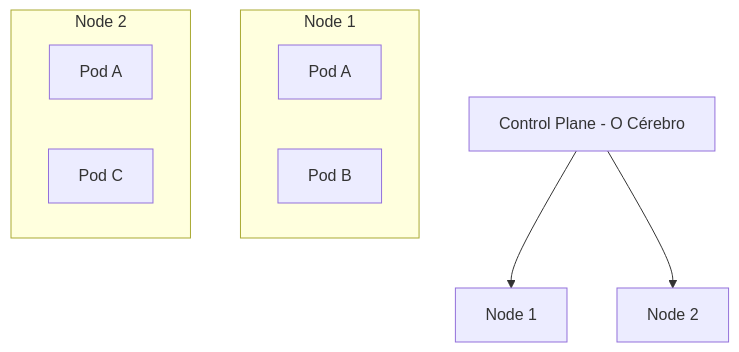
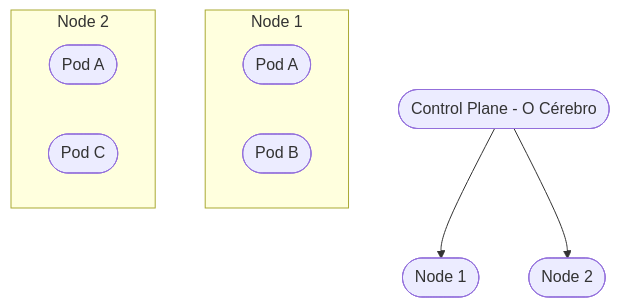
One commit to ricardotecpro/ads_extra_guia_de_ferramentas changed the diagram in docs/aulas/aula-14.md. Above: the diagram before and after it, drawn with Mermaid. The commit also changed other lines of this file and 69 other files, not shown here.

````diff
--- a/docs/aulas/aula-14.md
+++ b/docs/aulas/aula-14.md
@@ -28,13 +33,13 @@
 ```mermaid
 graph TD
-    Control[Control Plane - O Cérebro] --> Node1[Node 1]
-    Control --> Node2[Node 2]
+    Control([Control Plane - O Cérebro]) --> Node1([Node 1])
+    Control --> Node2([Node 2])
     subgraph "Node 1"
-        Pod1[Pod A]
-        Pod2[Pod B]
+        Pod1([Pod A])
+        Pod2([Pod B])
     end
     subgraph "Node 2"
-        Pod3[Pod A]
-        Pod4[Pod C]
+        Pod3([Pod A])
+        Pod4([Pod C])
     end
 ```
````
